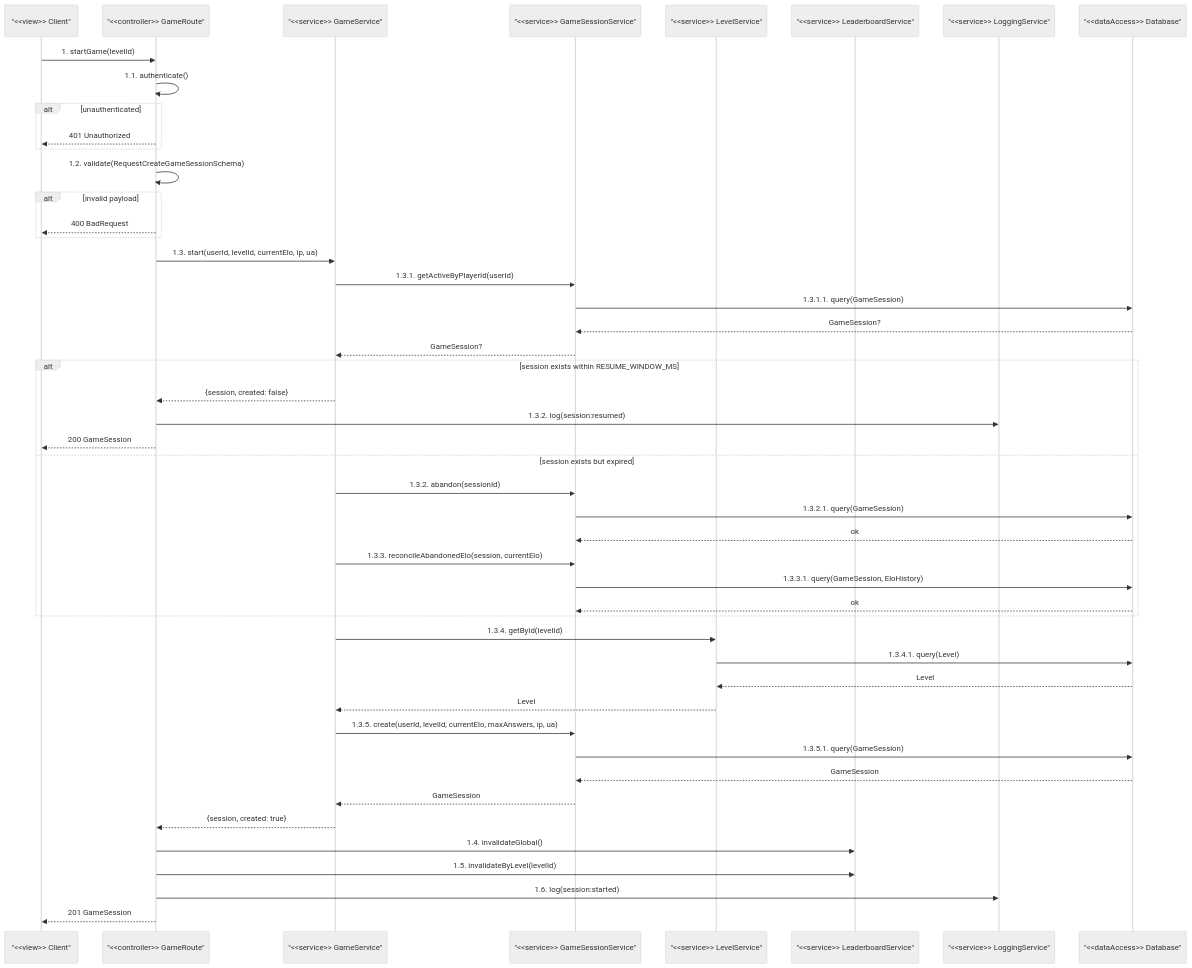
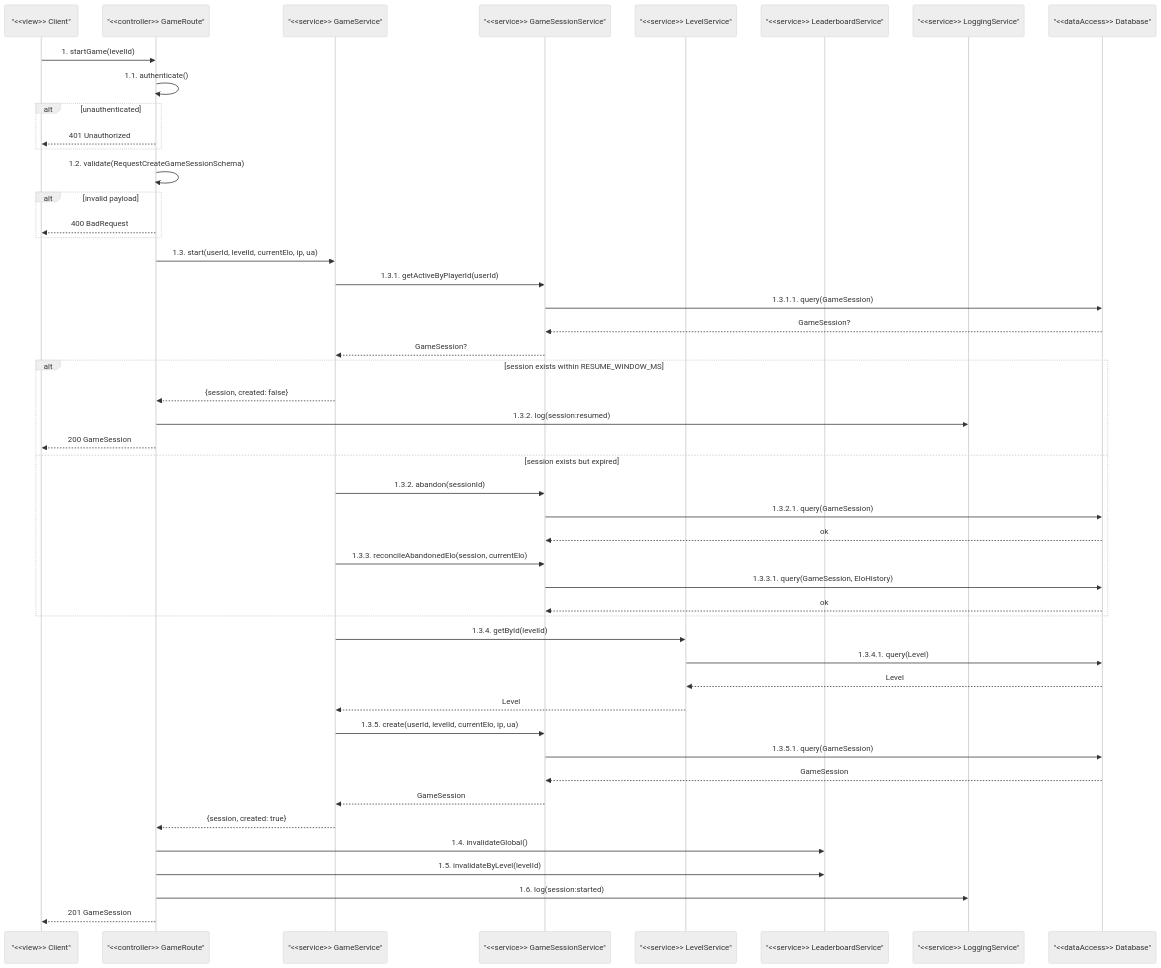
One commit to christphralden/magic-nugger-app changed the first of 6 diagrams in docs/diagrams/game/sequence.md. Above: the diagram before and after it, drawn with Mermaid. The commit also changed other lines of this file and 6 other files, not shown here.

````diff
--- a/docs/diagrams/game/sequence.md
+++ b/docs/diagrams/game/sequence.md
@@ -16,52 +16,52 @@
 ```mermaid
 %%{init: {'theme': 'neutral'}}%%
 sequenceDiagram
     participant C as "<<view>> Client"
     participant R as "<<controller>> GameRoute"
     participant GS as "<<service>> GameService"
     participant GSS as "<<service>> GameSessionService"
     participant LS as "<<service>> LevelService"
     participant LBS as "<<service>> LeaderboardService"
     participant LOG as "<<service>> LoggingService"
     participant DB as "<<dataAccess>> Database"
 
     C->>R: 1. startGame(levelId)
     R->>R: 1.1. authenticate()
     alt unauthenticated
         R-->>C: 401 Unauthorized
     end
     R->>R: 1.2. validate(RequestCreateGameSessionSchema)
     alt invalid payload
         R-->>C: 400 BadRequest
     end
     R->>GS: 1.3. start(userId, levelId, currentElo, ip, ua)
     GS->>GSS: 1.3.1. getActiveByPlayerId(userId)
     GSS->>DB: 1.3.1.1. query(GameSession)
     DB-->>GSS: GameSession?
     GSS-->>GS: GameSession?
     alt session exists within RESUME_WINDOW_MS
         GS-->>R: {session, created: false}
         R->>LOG: 1.3.2. log(session:resumed)
         R-->>C: 200 GameSession
     else session exists but expired
         GS->>GSS: 1.3.2. abandon(sessionId)
         GSS->>DB: 1.3.2.1. query(GameSession)
         DB-->>GSS: ok
         GS->>GSS: 1.3.3. reconcileAbandonedElo(session, currentElo)
         GSS->>DB: 1.3.3.1. query(GameSession, EloHistory)
         DB-->>GSS: ok
     end
     GS->>LS: 1.3.4. getById(levelId)
     LS->>DB: 1.3.4.1. query(Level)
     DB-->>LS: Level
     LS-->>GS: Level
-    GS->>GSS: 1.3.5. create(userId, levelId, currentElo, maxAnswers, ip, ua)
+    GS->>GSS: 1.3.5. create(userId, levelId, currentElo, ip, ua)
     GSS->>DB: 1.3.5.1. query(GameSession)
     DB-->>GSS: GameSession
     GSS-->>GS: GameSession
     GS-->>R: {session, created: true}
     R->>LBS: 1.4. invalidateGlobal()
     R->>LBS: 1.5. invalidateByLevel(levelId)
     R->>LOG: 1.6. log(session:started)
     R-->>C: 201 GameSession
 ```
````
